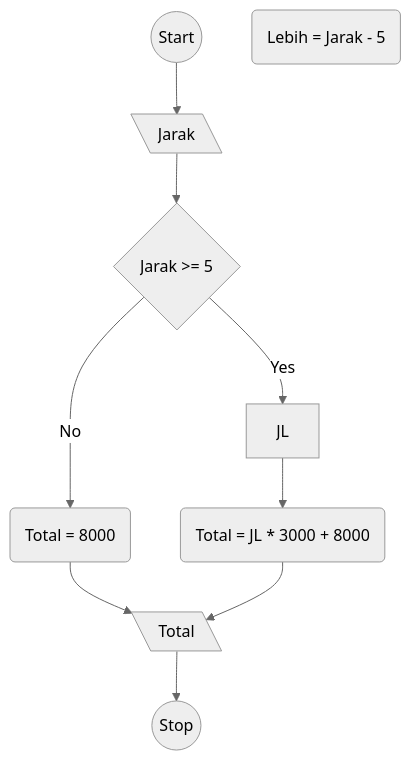
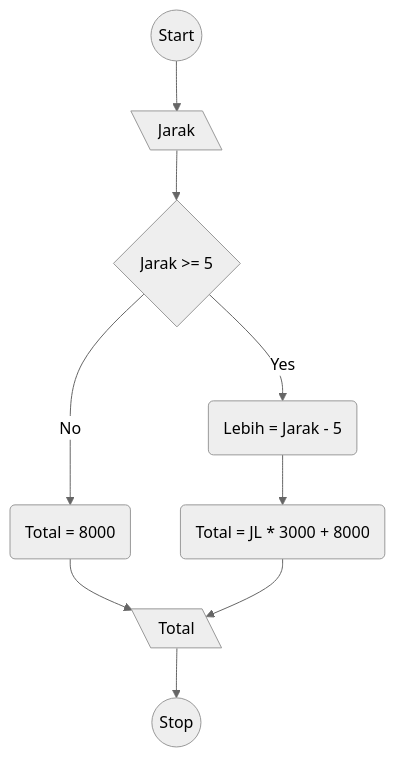
The diagram in MiniTaks8.md (ariekas/koda-b4-algoritma), drawn with Mermaid (neutral theme) before and after one commit.

````diff
--- a/MiniTaks8.md
+++ b/MiniTaks8.md
@@ -3,19 +3,19 @@
 ```mermaid
 flowchart TD
 Start((Start))
 Input[\Jarak\]
 Decision{Jarak >= 5}
 Lebih(Lebih = Jarak - 5)
 ProcessLebih(Total = JL * 3000 + 8000)
 ProcessKurang(Total = 8000)
 Total[\Total\]
 Stop((Stop))
 
 Start --> Input
 Input --> Decision
-Decision -- Yes --> JL
+Decision -- Yes --> Lebih
 Decision -- No --> ProcessKurang
-JL --> ProcessLebih
+Lebih --> ProcessLebih
 ProcessKurang & ProcessLebih  --> Total
 Total --> Stop
 ```
````
